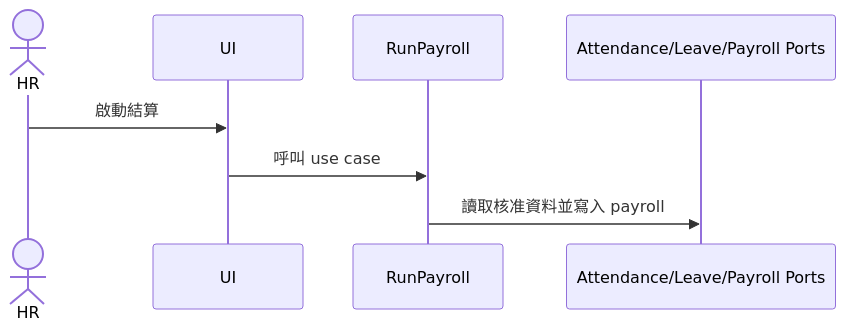
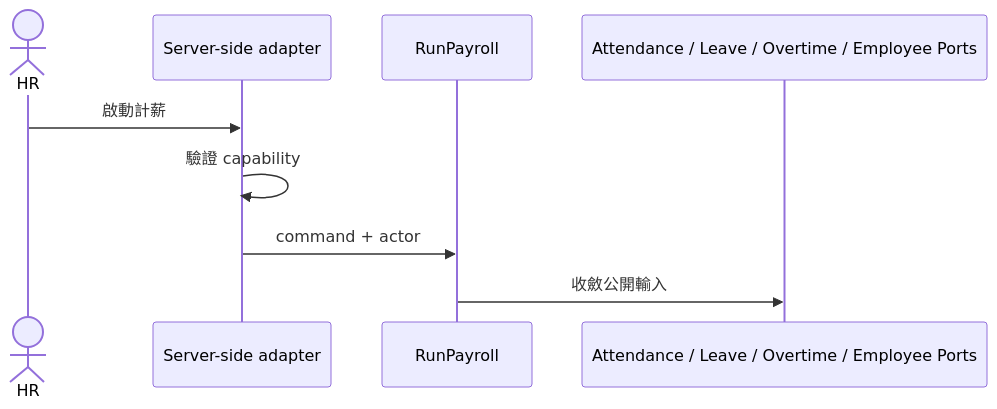
One commit to 369sup/worksync-hr changed the second of 2 diagrams in docs/03-application/use-cases.md. Above: the diagram before and after it, drawn with Mermaid. The commit also changed other lines of this file and 36 other files, not shown here.

````diff
--- a/docs/03-application/use-cases.md
+++ b/docs/03-application/use-cases.md
@@ -48,10 +23,11 @@
 ```mermaid
 sequenceDiagram
   actor HR
-  participant UI
-  participant UC as RunPayroll
-  participant Ports as Attendance/Leave/Payroll Ports
-  HR->>UI: 啟動結算
-  UI->>UC: 呼叫 use case
-  UC->>Ports: 讀取核准資料並寫入 payroll
+  participant A as Server-side adapter
+  participant U as RunPayroll
+  participant P as Attendance / Leave / Overtime / Employee Ports
+  HR->>A: 啟動計薪
+  A->>A: 驗證 capability
+  A->>U: command + actor
+  U->>P: 收斂公開輸入
 ```
````
